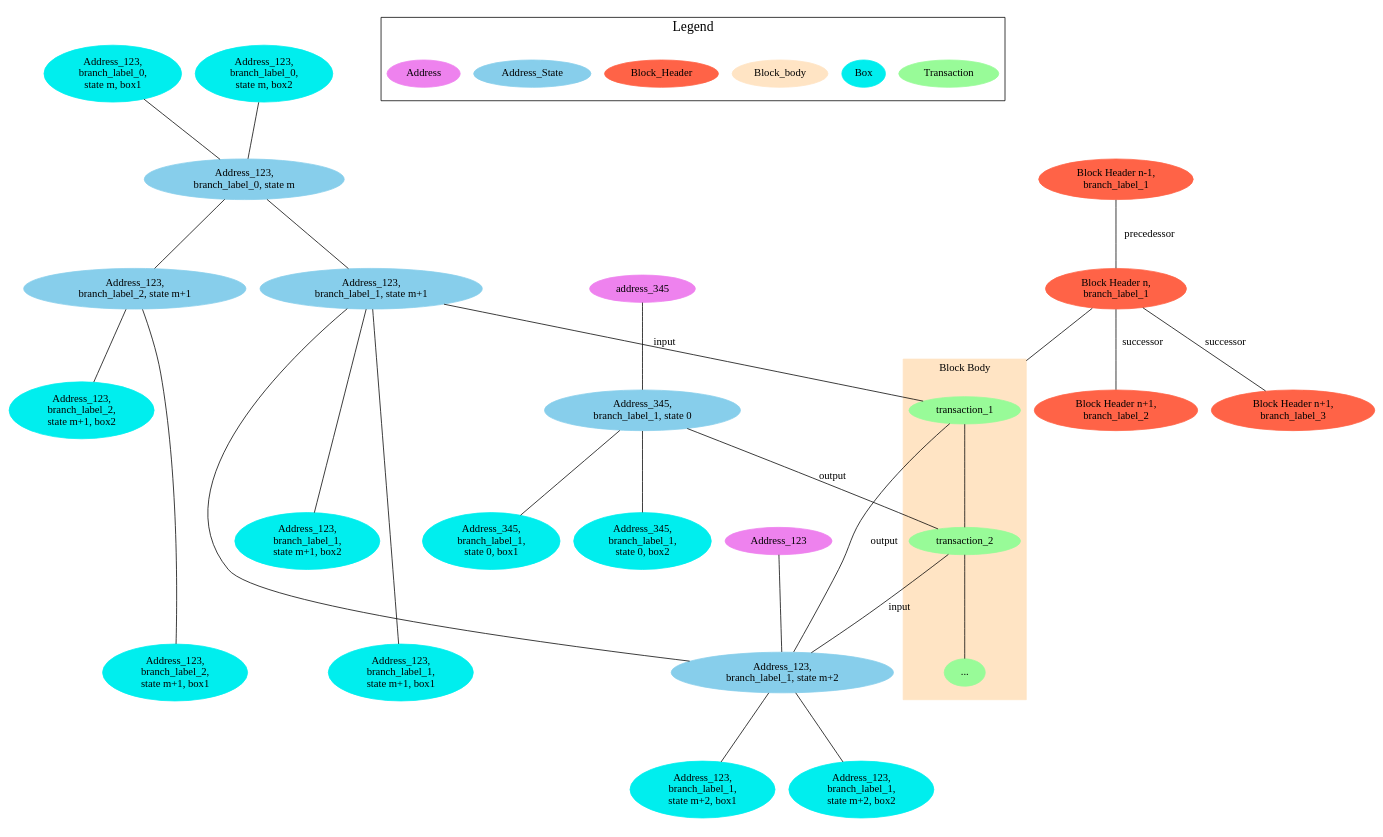
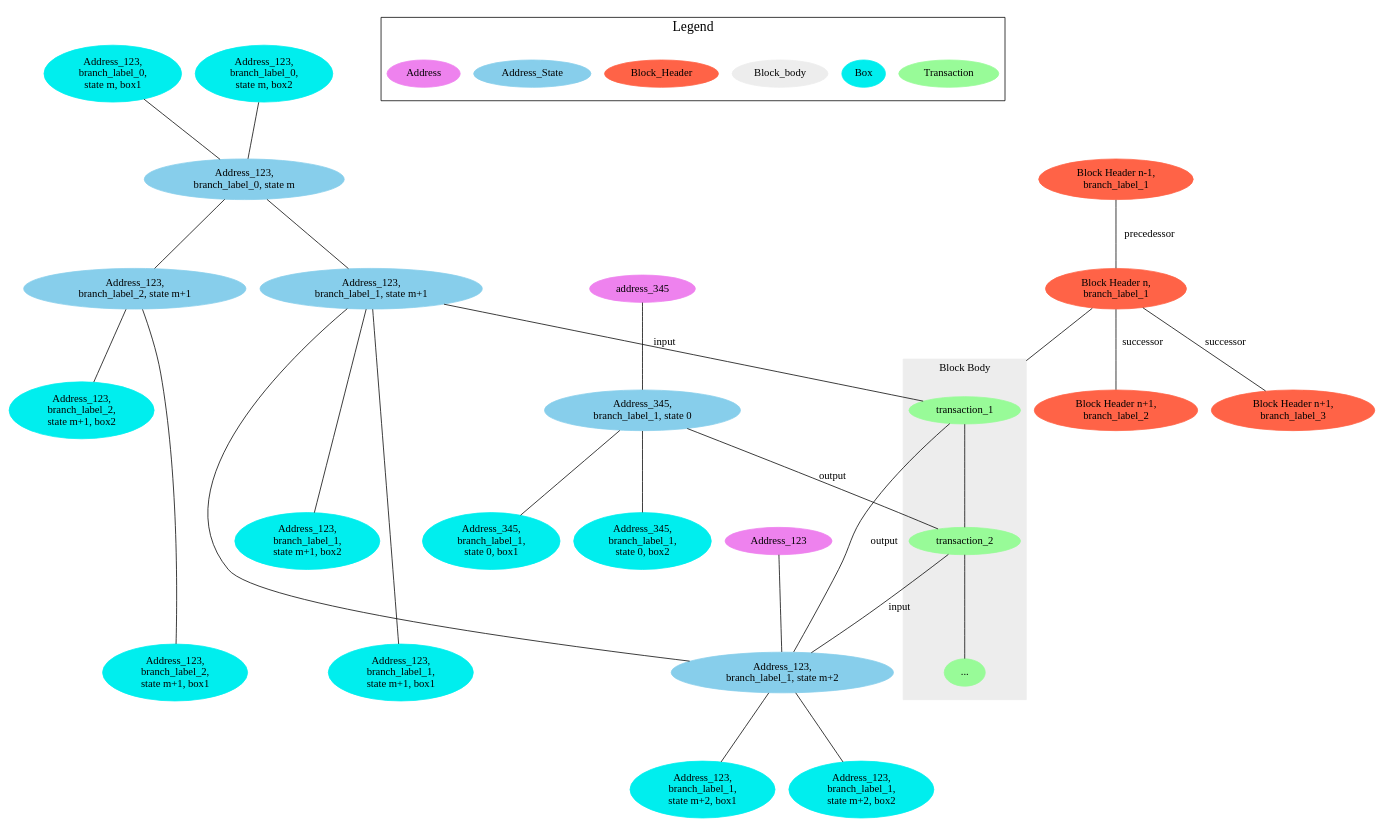
One commit to mgrand-topl/PlantUML_Sandbox changed the diagram in genus_block_data_model.dot. Above: the diagram before and after it, drawn with Graphviz.

```diff
--- a/genus_block_data_model.dot
+++ b/genus_block_data_model.dot
@@ -1,66 +1,66 @@
 graph g {
   ratio= 0.6;
   compound=true;
   "Block Header n,\nbranch_label_1" [color=tomato, style=filled]
   "Block Header n-1,\nbranch_label_1" [color=tomato, style=filled]
   "Block Header n-1,\nbranch_label_1"
   "Block Header n-1,\nbranch_label_1" -- "Block Header n,\nbranch_label_1" [label = "precedessor"];
   "Block Header n,\nbranch_label_1" -- "Block Header n+1,\nbranch_label_2" [label = "successor"]
   "Block Header n,\nbranch_label_1" -- "Block Header n+1,\nbranch_label_3" [label = "successor"]
   "Block Header n,\nbranch_label_1"
   "Block Header n,\nbranch_label_1" -- transaction_1 [lhead=cluster0]
   "Block Header n+1,\nbranch_label_2" [color=tomato, style=filled]
   "Block Header n+1,\nbranch_label_2"
   "Block Header n+1,\nbranch_label_3" [color=tomato, style=filled]
 
   subgraph cluster0 {
     label = "Block Body"
-    color=bisque
+    color=gray93
     style=filled
     "..." [color=palegreen, style=filled]
     transaction_1 -- transaction_2 -- "...";
   }
   "Address_123,\nbranch_label_0,\nstate m, box1" [color=cyan2, style=filled]
   "Address_123,\nbranch_label_0,\nstate m, box2" [color=cyan2, style=filled]
   {"Address_123,\nbranch_label_0,\nstate m, box1" "Address_123,\nbranch_label_0,\nstate m, box2"} -- "Address_123,\nbranch_label_0, state m"
   "Address_123,\nbranch_label_0, state m" [color=skyblue, style=filled]
   "Address_123,\nbranch_label_0, state m" --  {"Address_123,\nbranch_label_1, state m+1" "Address_123,\nbranch_label_2, state m+1"}
   "Address_123,\nbranch_label_1, state m+1" [color=skyblue, style=filled]
   "Address_123,\nbranch_label_1,\nstate m+1, box1" [color=cyan2, style=filled]
   "Address_123,\nbranch_label_1,\nstate m+1, box2" [color=cyan2, style=filled]
   "Address_123,\nbranch_label_1, state m+1" -- "Address_123,\nbranch_label_1,\nstate m+1, box1" [minlen="3"]
   "Address_123,\nbranch_label_1, state m+1" -- "Address_123,\nbranch_label_1,\nstate m+1, box2" [minlen="2"]
   "Address_123,\nbranch_label_2,\nstate m+1, box1" [color=cyan2, style=filled]
   "Address_123,\nbranch_label_2,\nstate m+1, box2" [color=cyan2, style=filled]
   "Address_123,\nbranch_label_2, state m+1" [color=skyblue, style=filled]
   "Address_123,\nbranch_label_2, state m+1" -- "Address_123,\nbranch_label_2,\nstate m+1, box1" [minlen="3"]
   "Address_123,\nbranch_label_2, state m+1" -- "Address_123,\nbranch_label_2,\nstate m+1, box2"
   "Address_123,\nbranch_label_1, state m+1" -- transaction_1 [label="input"]
   "Address_123,\nbranch_label_1,\nstate m+2, box1" [color=cyan2, style=filled]
   "Address_123,\nbranch_label_1,\nstate m+2, box2" [color=cyan2, style=filled]
   "Address_123,\nbranch_label_1, state m+1" -- "Address_123,\nbranch_label_1, state m+2" -- {"Address_123,\nbranch_label_1,\nstate m+2, box1" "Address_123,\nbranch_label_1,\nstate m+2, box2"}
   transaction_1 [color=palegreen, style=filled]
   "Address_123,\nbranch_label_1, state m+2" [color=skyblue, style=filled]
   transaction_1 -- "Address_123,\nbranch_label_1, state m+2" [label = "output"]
   transaction_2 [color=palegreen, style=filled]
   transaction_2 -- "Address_123,\nbranch_label_1, state m+2" [label="input"]
   Address_123 [color=violet, style=filled]
   Address_123 -- "Address_123,\nbranch_label_1, state m+2"
   "Address_345,\nbranch_label_1, state 0" [color=skyblue, style=filled]
   "Address_345,\nbranch_label_1, state 0" -- transaction_2 [label="output"]
   "Address_345,\nbranch_label_1,\nstate 0, box1" [color=cyan2, style=filled]
   "Address_345,\nbranch_label_1,\nstate 0, box2" [color=cyan2, style=filled]
   "Address_345,\nbranch_label_1, state 0" -- {"Address_345,\nbranch_label_1,\nstate 0, box1" "Address_345,\nbranch_label_1,\nstate 0, box2"}
   "address_345" [color=violet, style=filled]
   "address_345" -- "Address_345,\nbranch_label_1, state 0"
   subgraph cluster_legend {
     label=Legend
     fontsize=18
     Transaction [color=palegreen, style=filled]
     Box [color=cyan2, style=filled]
-    Block_body [color=bisque, style=filled]
+    Block_body [color=gray93, style=filled]
     Block_Header [color=tomato, style=filled]
     Address_State [color=skyblue, style=filled]
     Address [color=violet, style=filled]
   }
 }
```
